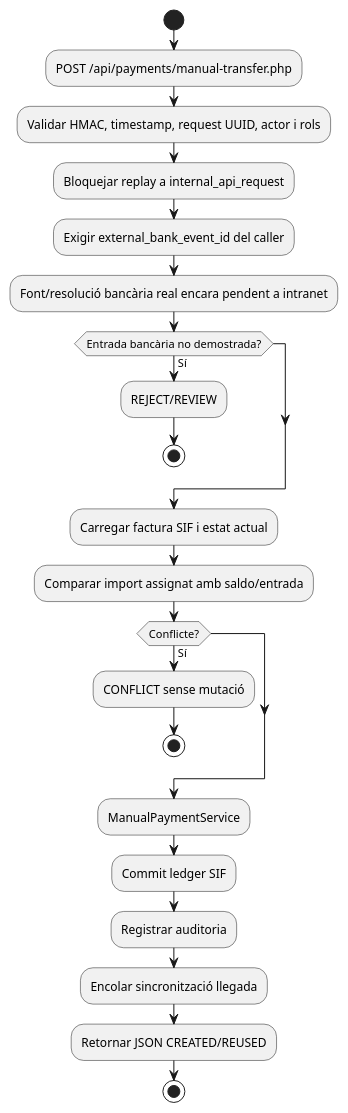
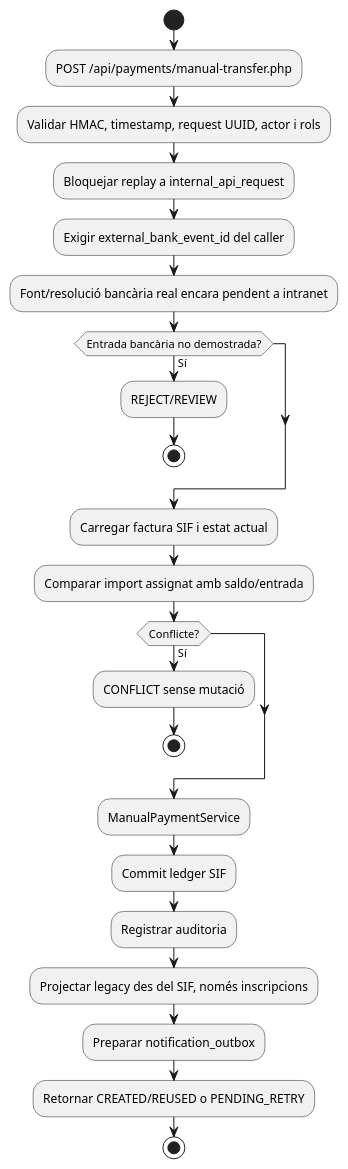
Before and after one commit to orgmeriemprismacat-del/verifactu: the fifth of 7 diagrams in documentacio/07-uml-integrat/uc-022-activitats-pagines-actual-final.md, drawn with PlantUML. The commit also changed other lines of this file, not shown here.

Commit message:
docs(uc-022): align activities and status with preproduction-ready flow

````diff
--- a/documentacio/07-uml-integrat/uc-022-activitats-pagines-actual-final.md
+++ b/documentacio/07-uml-integrat/uc-022-activitats-pagines-actual-final.md
@@ -118,26 +118,27 @@
 ```plantuml
 @startuml
 start
  :POST /api/payments/manual-transfer.php;
 :Validar HMAC, timestamp, request UUID, actor i rols;
 :Bloquejar replay a internal_api_request;
  :Exigir external_bank_event_id del caller;
 :Font/resolució bancària real encara pendent a intranet;
 if (Entrada bancària no demostrada?) then (Sí)
  :REJECT/REVIEW;
  stop
 endif
 :Carregar factura SIF i estat actual;
 :Comparar import assignat amb saldo/entrada;
 if (Conflicte?) then (Sí)
  :CONFLICT sense mutació;
  stop
 endif
 :ManualPaymentService;
 :Commit ledger SIF;
 :Registrar auditoria;
-:Encolar sincronització llegada;
-:Retornar JSON CREATED/REUSED;
+:Projectar legacy des del SIF, només inscripcions;
+:Preparar notification_outbox;
+:Retornar CREATED/REUSED o PENDING_RETRY;
 stop
 @enduml
 ```
````
